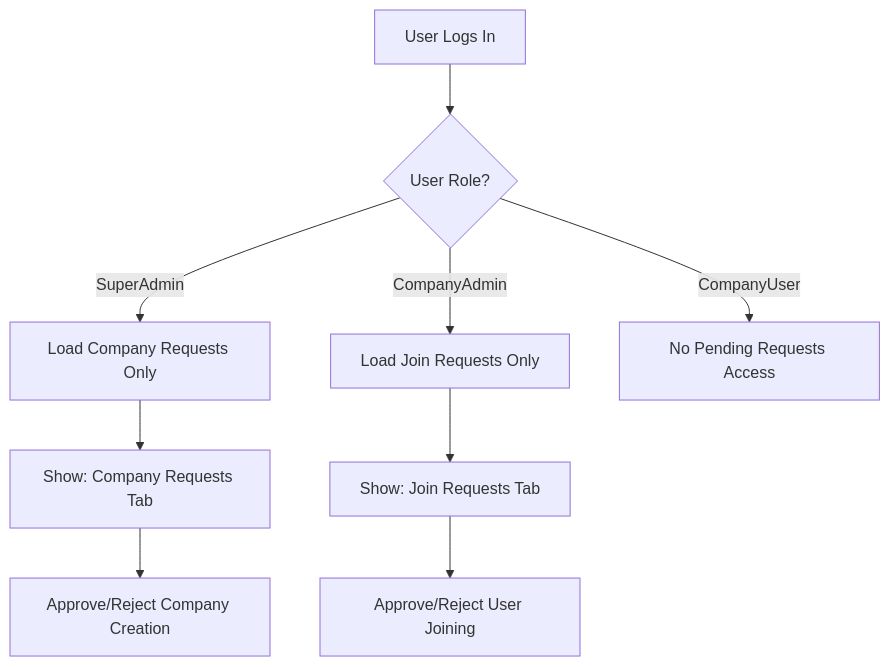
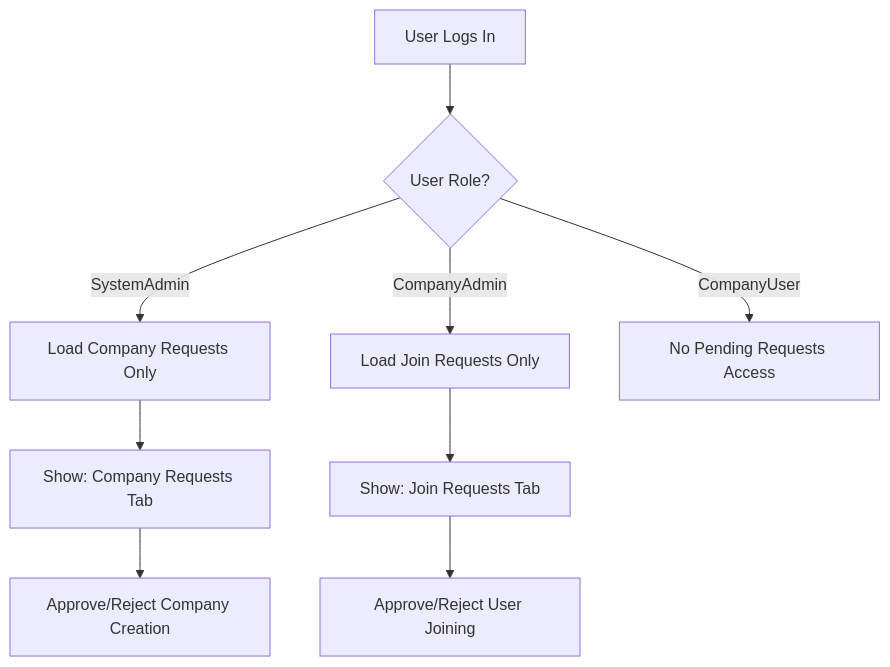
Before and after one commit to AhmedRamadanAbdElghany/ConstructionManagement: the diagram in plans/pending-requests-role-filtering.md, drawn with Mermaid. The commit also changed other lines of this file and 119 other files, not shown here.

````diff
--- a/plans/pending-requests-role-filtering.md
+++ b/plans/pending-requests-role-filtering.md
@@ -139,14 +139,14 @@
 ```mermaid
 flowchart TD
     A[User Logs In] --> B{User Role?}
     
-    B -->|SuperAdmin| C[Load Company Requests Only]
+    B -->|SystemAdmin| C[Load Company Requests Only]
     B -->|CompanyAdmin| D[Load Join Requests Only]
     B -->|CompanyUser| E[No Pending Requests Access]
     
     C --> F[Show: Company Requests Tab]
     D --> G[Show: Join Requests Tab]
     
     F --> H[Approve/Reject Company Creation]
     G --> I[Approve/Reject User Joining]
 ```
````
